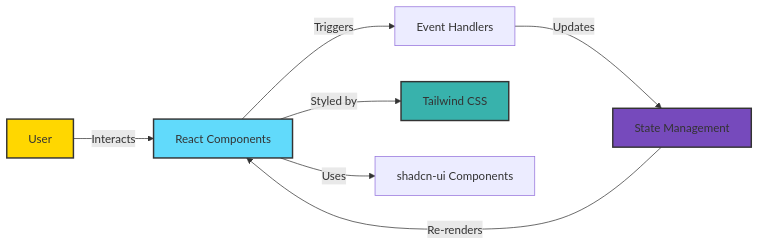
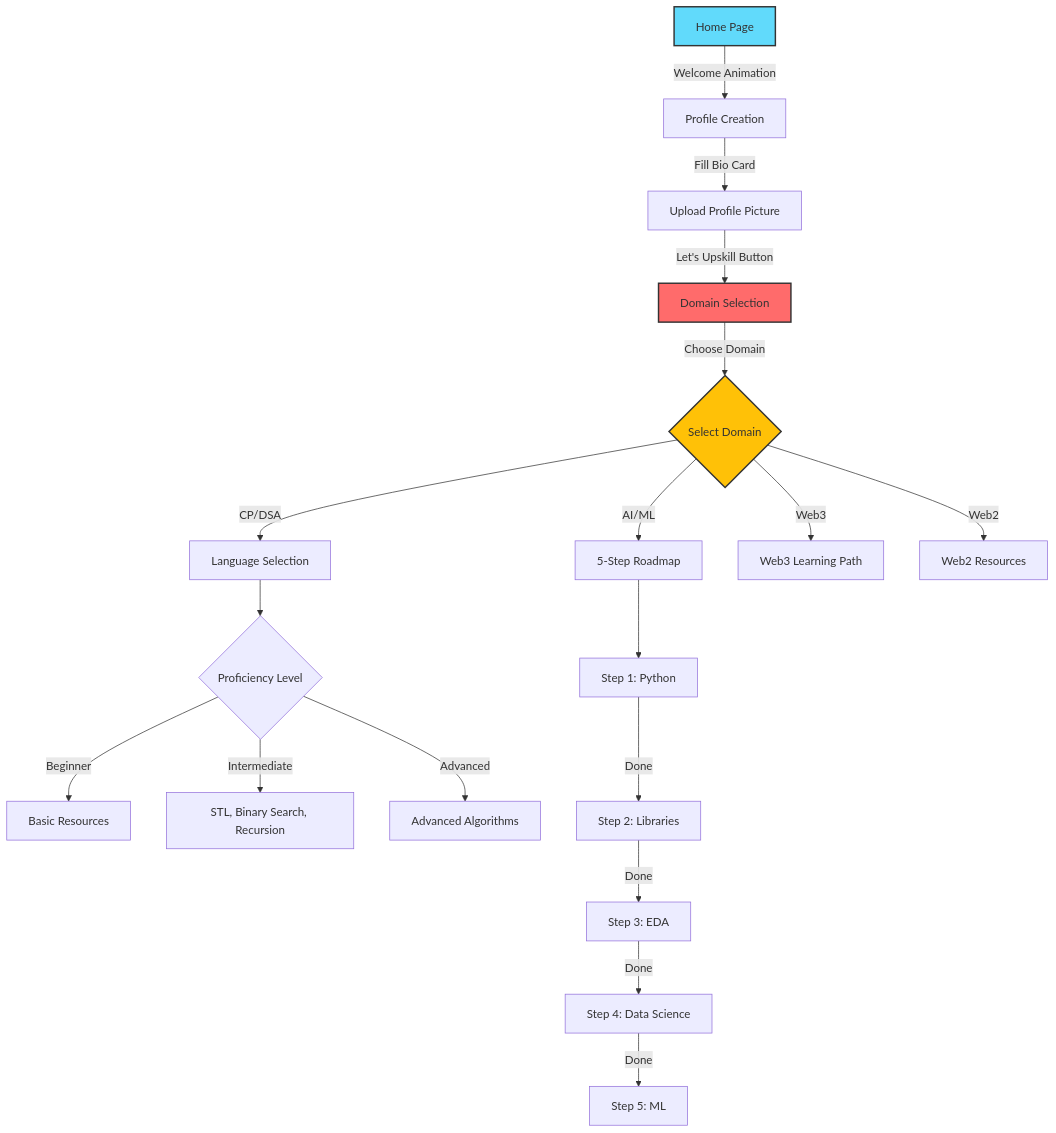
One commit to Failureguy94/codekick changed the first of 2 diagrams in README.md. Above: the diagram before and after it, drawn with Mermaid. The commit also changed other lines of this file, not shown here.

````diff
--- a/README.md
+++ b/README.md
@@ -89,14 +122,27 @@
 ```mermaid
-flowchart LR
-    A[User] -->|Interacts| B[React Components]
-    B -->|Triggers| C[Event Handlers]
-    C -->|Updates| D[State Management]
-    D -->|Re-renders| B
-    B -->|Styled by| E[Tailwind CSS]
-    B -->|Uses| F[shadcn-ui Components]
+flowchart TD
+    A[Home Page] -->|Welcome Animation| B[Profile Creation]
+    B -->|Fill Bio Card| C[Upload Profile Picture]
+    C -->|Let's Upskill Button| D[Domain Selection]
     
-    style A fill:#FFD700,stroke:#333,stroke-width:2px
-    style B fill:#61DAFB,stroke:#333,stroke-width:2px
-    style D fill:#764ABC,stroke:#333,stroke-width:2px
-    style E fill:#38B2AC,stroke:#333,stroke-width:2px
+    D -->|Choose Domain| E{Select Domain}
+    E -->|CP/DSA| F[Language Selection]
+    E -->|AI/ML| G[5-Step Roadmap]
+    E -->|Web3| H[Web3 Learning Path]
+    E -->|Web2| I[Web2 Resources]
+    
+    F --> J{Proficiency Level}
+    J -->|Beginner| K[Basic Resources]
+    J -->|Intermediate| L[STL, Binary Search, Recursion]
+    J -->|Advanced| M[Advanced Algorithms]
+    
+    G --> N[Step 1: Python]
+    N -->|Done| O[Step 2: Libraries]
+    O -->|Done| P[Step 3: EDA]
+    P -->|Done| Q[Step 4: Data Science]
+    Q -->|Done| R[Step 5: ML]
+    
+    style A fill:#61DAFB,stroke:#333,stroke-width:2px
+    style D fill:#FF6B6B,stroke:#333,stroke-width:2px
+    style E fill:#FFC107,stroke:#333,stroke-width:2px
 ```
````
